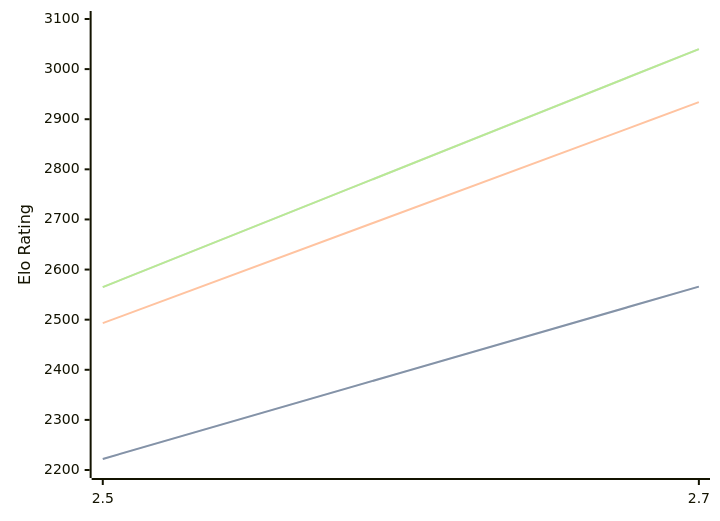
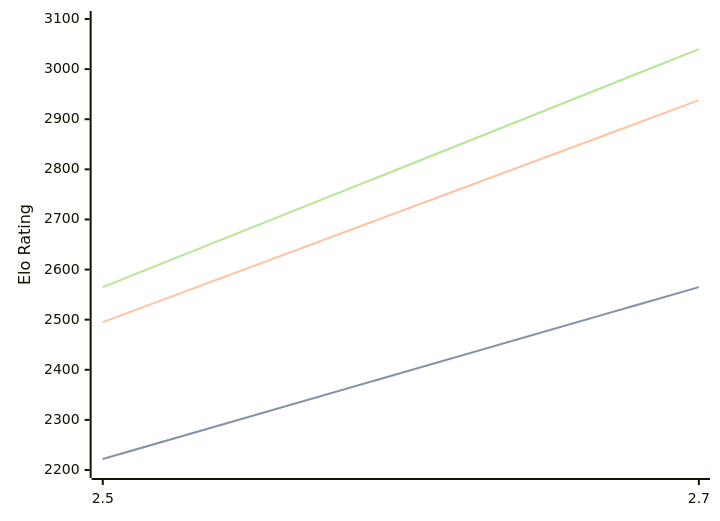
Before and after one commit to computer-chess-index/cci: the diagram in engines/Zevra.md, drawn with Mermaid. The commit also changed other lines of this file, not shown here.

````diff
--- a/engines/Zevra.md
+++ b/engines/Zevra.md
@@ -32,11 +32,11 @@
 ```mermaid
 %%{init: {"theme":"base","themeVariables":{"seriesColors:['#a3a3a3','#222221','#faa371']}}}%%
 xychart-beta
   x-axis ["2.5", "2.7"]
   y-axis "Elo Rating" 2200 --> 3100
-  line "" [2222, 2566]
-  line "STC (8.0+0.08s)" [2222, 2566]
-  line "LTC (60.0+0.60s)" [2493, 2934]
+  line "" [2222, 2565]
+  line "STC (8.0+0.08s)" [2222, 2565]
+  line "LTC (60.0+0.60s)" [2495, 2938]
   line "" [2565, 3040]
   line "VLTC (2m24s+1.12s)" [2565, 3040]
 ```
````
